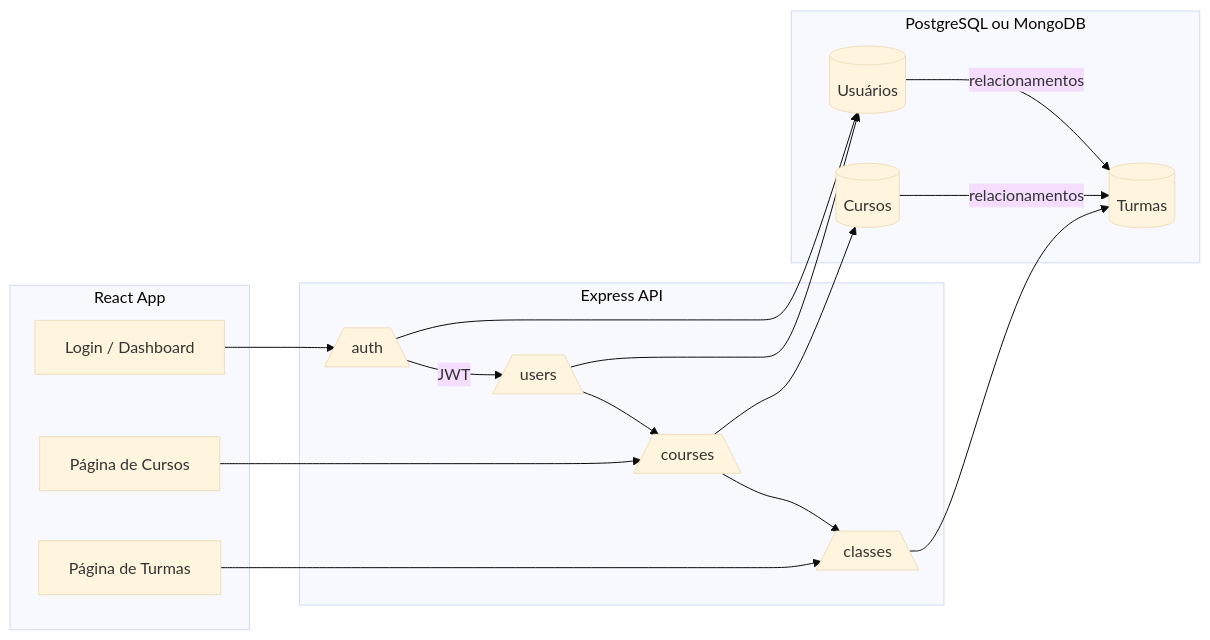
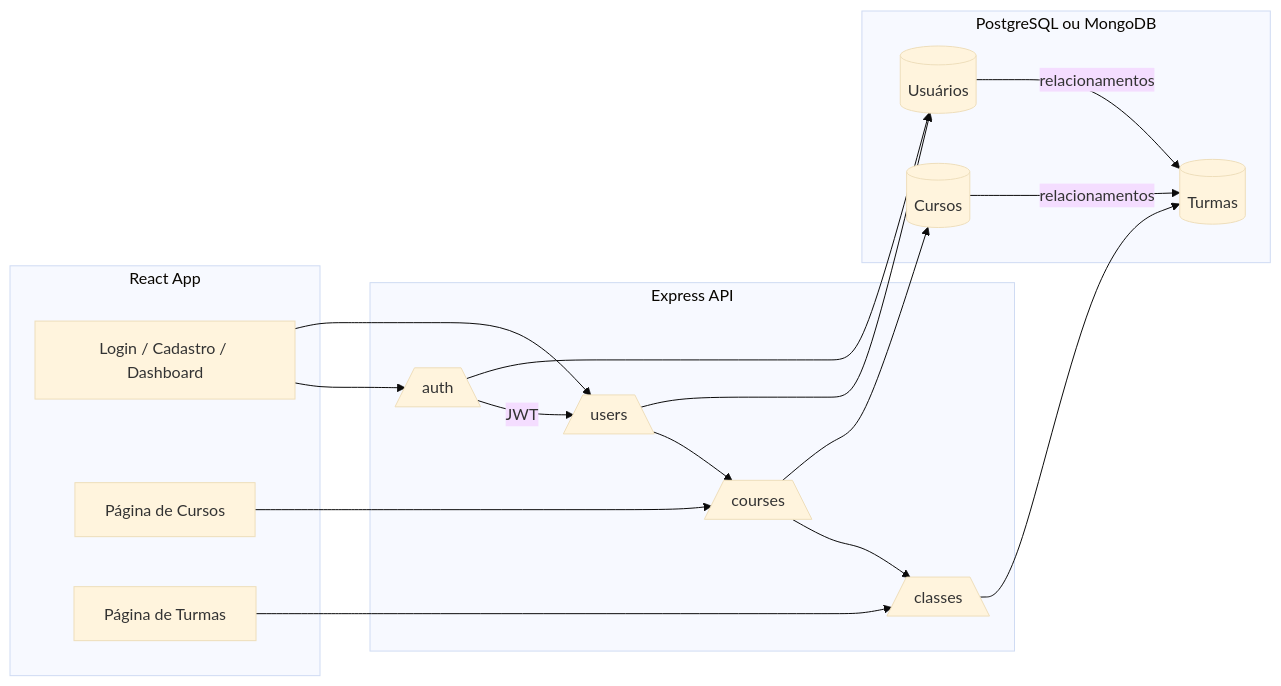
Before and after one commit to Pedro200231/controle-turmas: the diagram in arquitetura.md, drawn with Mermaid (base theme). The commit also changed 1 other file, not shown here.

Commit message:
Atualiza requisitos e arquitetura do sistema para incluir visualização de turmas e cadastro no frontend

````diff
--- a/arquitetura.md
+++ b/arquitetura.md
@@ -3,30 +3,31 @@
 ```mermaid
 flowchart LR
   subgraph Frontend [React App]
-    A[Login / Dashboard]
+    A[Login / Cadastro / Dashboard]
     B[Página de Cursos]
     C[Página de Turmas]
   end
 
   subgraph Backend [Express API]
     D[/auth\] -->|JWT| E[/users\]
     E --> F[/courses\]
     F --> G[/classes\]
   end
 
   subgraph Database [PostgreSQL ou MongoDB]
     H[(Usuários)]
     I[(Cursos)]
     J[(Turmas)]
   end
 
   A --> D
+  A --> E
   B --> F
   C --> G
   D --> H
   E --> H
   F --> I
   G --> J
   H -- relacionamentos --> J
   I -- relacionamentos --> J
 ```
````
